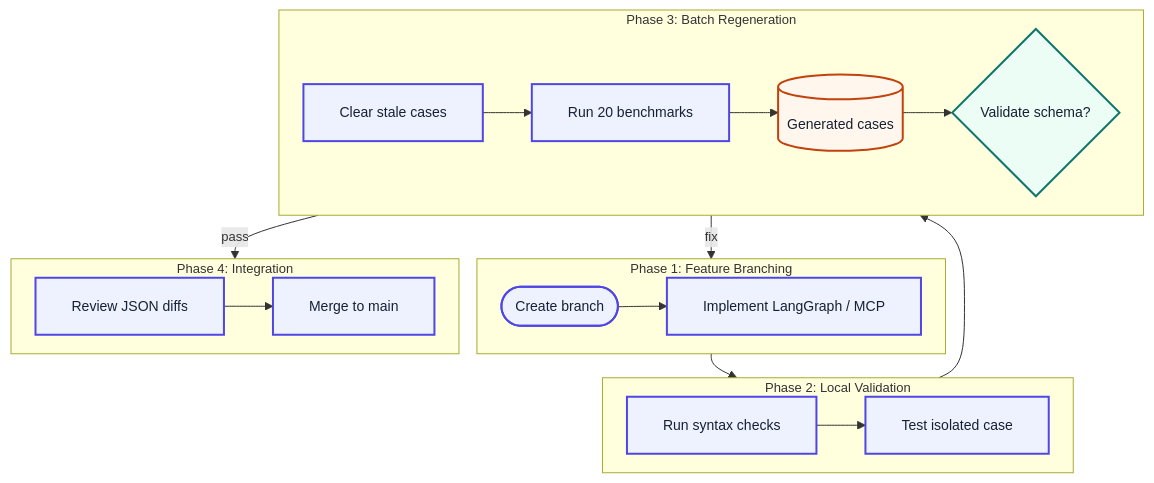
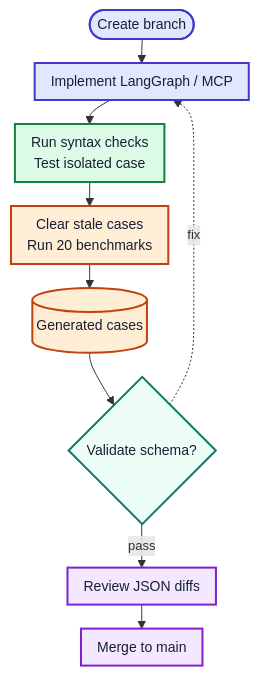
One commit to OMIZOOMI/tigergraph-fraud-investigation changed the second of 2 diagrams in README.md. Above: the diagram before and after it, drawn with Mermaid.

Commit message:
Docs: Fixed diagram overlap and compacted vertical workflow layout

````diff
--- a/README.md
+++ b/README.md
@@ -136,45 +136,31 @@
 ```mermaid
-%%{init: {"flowchart": {"nodeSpacing": 18, "rankSpacing": 24, "padding": 18}, "themeVariables": {"fontSize": "13px"}}}%%
-flowchart TB
-    subgraph P1["Phase 1: Feature Branching"]
-        direction LR
-        branch([Create branch])
-        implement[Implement LangGraph / MCP]
-        branch --> implement
-    end
+%% Phase 1: Feature Branching
+%% Phase 2: Local Validation
+%% Phase 3: Batch Regeneration
+%% Phase 4: Integration
+%%{init: {"flowchart": {"nodeSpacing": 18, "rankSpacing": 24, "padding": 8}, "themeVariables": {"fontSize": "13px"}}}%%
+flowchart TD
+    branch([Create branch])
+    implement[Implement LangGraph / MCP]
+    validate["Run syntax checks<br/>Test isolated case"]
+    batch["Clear stale cases<br/>Run 20 benchmarks"]
+    outputs[(Generated cases)]
+    schemaCheck{Validate schema?}
+    review[Review JSON diffs]
+    merge[Merge to main]
 
-    subgraph P2["Phase 2: Local Validation"]
-        direction LR
-        syntax[Run syntax checks]
-        isolated[Test isolated case]
-        syntax --> isolated
-    end
+    branch --> implement --> validate --> batch --> outputs --> schemaCheck
+    schemaCheck -->|pass| review --> merge
+    schemaCheck -. fix .-> implement
 
-    subgraph P3["Phase 3: Batch Regeneration"]
-        direction LR
-        clear[Clear stale cases]
-        batch[Run 20 benchmarks]
-        outputs[(Generated cases)]
-        schemaCheck{Validate schema?}
-        clear --> batch --> outputs --> schemaCheck
-    end
-
-    subgraph P4["Phase 4: Integration"]
-        direction LR
-        review[Review JSON diffs]
-        merge[Merge to main]
-        review --> merge
-    end
-
-    implement --> syntax
-    isolated --> clear
-    schemaCheck -->|pass| review
-    schemaCheck -->|fix| implement
-
-    classDef action fill:#EEF2FF,stroke:#4F46E5,stroke-width:2px,color:#172033,font-size:14px
-    classDef data fill:#FFF7ED,stroke:#C2410C,stroke-width:2px,color:#172033,font-size:14px
+    classDef phase1 fill:#E0E7FF,stroke:#4338CA,stroke-width:2px,color:#172033,font-size:14px
+    classDef phase2 fill:#DCFCE7,stroke:#15803D,stroke-width:2px,color:#172033,font-size:14px
+    classDef phase3 fill:#FFEDD5,stroke:#C2410C,stroke-width:2px,color:#172033,font-size:14px
+    classDef phase4 fill:#F3E8FF,stroke:#7E22CE,stroke-width:2px,color:#172033,font-size:14px
     classDef decision fill:#ECFDF5,stroke:#0F766E,stroke-width:2px,color:#172033,font-size:14px
-    class branch,implement,syntax,isolated,clear,batch,review,merge action
-    class outputs data
+    class branch,implement phase1
+    class validate phase2
+    class batch,outputs phase3
     class schemaCheck decision
+    class review,merge phase4
 ```
````
